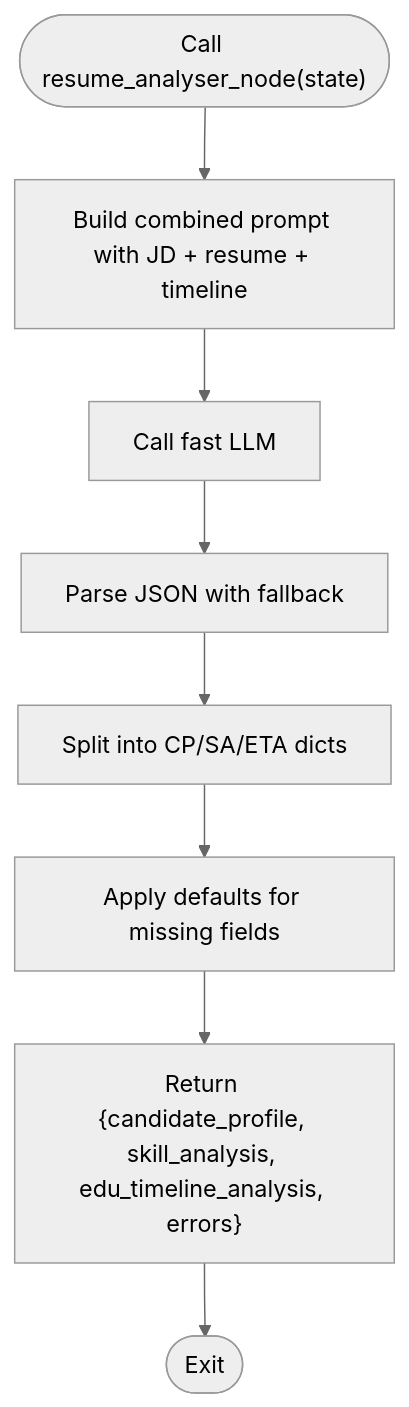
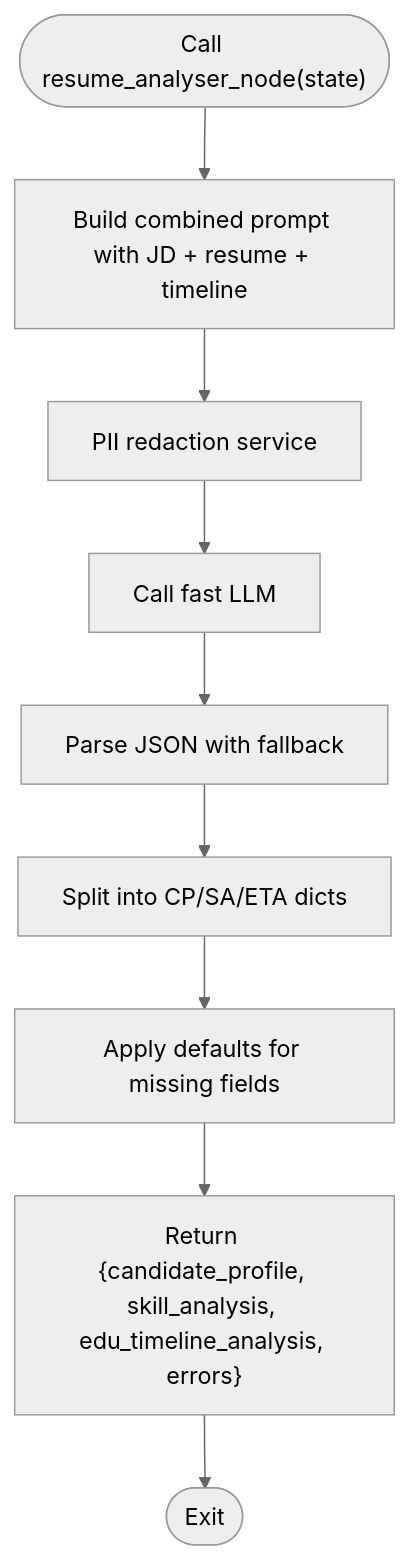
Before and after one commit to Revanththetalogics/aireume: the fifth of 7 diagrams in .qoder/repowiki/en/content/Analysis Engine/Agent Pipeline (LangGraph).md, drawn with Mermaid (neutral theme). The commit also changed other lines of this file and 15 other files, not shown here.

````diff
--- a/.qoder/repowiki/en/content/Analysis Engine/Agent Pipeline (LangGraph).md
+++ b/.qoder/repowiki/en/content/Analysis Engine/Agent Pipeline (LangGraph).md
@@ -194,10 +226,11 @@
 ```mermaid
 flowchart TD
 Start(["Call resume_analyser_node(state)"]) --> BuildPrompt["Build combined prompt with JD + resume + timeline"]
-BuildPrompt --> CallLLM["Call fast LLM"]
+BuildPrompt --> PII["PII redaction service"]
+PII --> CallLLM["Call fast LLM"]
 CallLLM --> Parse["Parse JSON with fallback"]
 Parse --> Split["Split into CP/SA/ETA dicts"]
 Split --> Defaults["Apply defaults for missing fields"]
 Defaults --> ReturnState["Return {candidate_profile, skill_analysis, edu_timeline_analysis, errors}"]
 ReturnState --> End(["Exit"])
 ```
````
